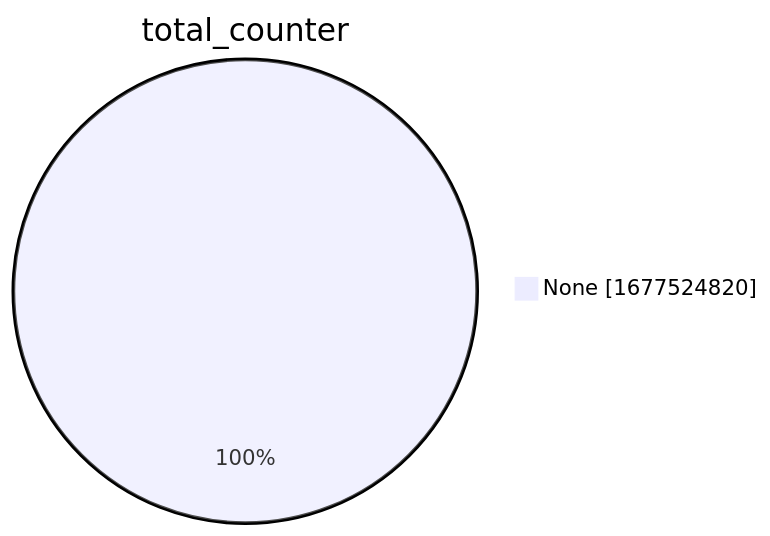
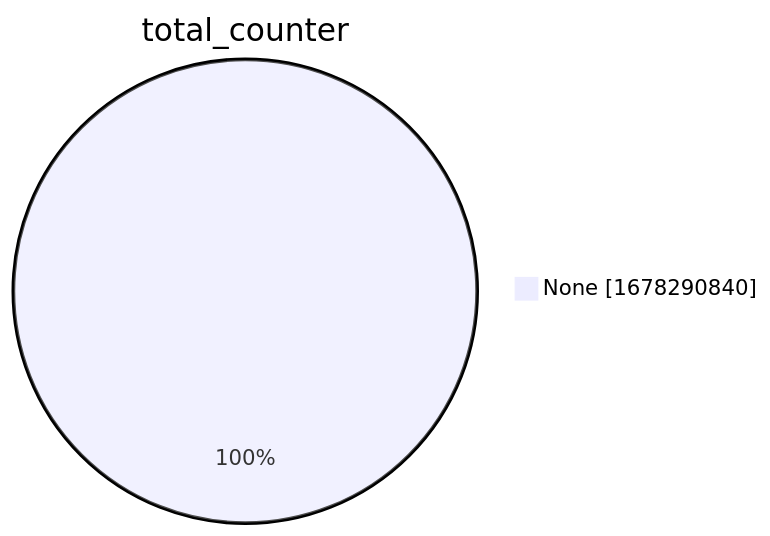
The second of 15 diagrams in xenon2022/README.md (christiankrug/ctmonitor_visualization), drawn with Mermaid before and after one commit. The commit also changed other lines of this file, not shown here.

````diff
--- a/xenon2022/README.md
+++ b/xenon2022/README.md
@@ -9,5 +9,5 @@
 ```mermaid
 pie showData
 title total_counter
-"None" :1677524820
+"None" :1678290840
 ```
````
